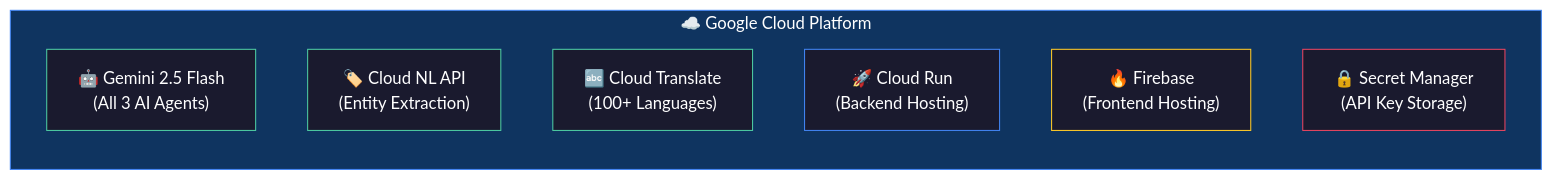
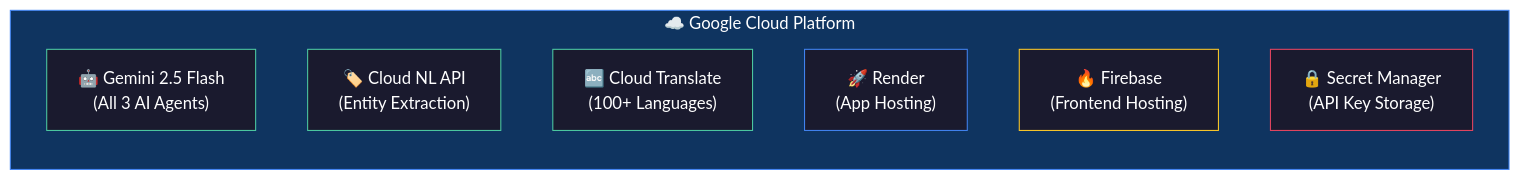
One commit to Ndheeraj906/LexGuard-AI changed the second of 4 diagrams in README.md. Above: the diagram before and after it, drawn with Mermaid (neutral theme). The commit also changed other lines of this file, not shown here.

Commit message:
docs: replace Cloud Run references with Render

````diff
--- a/README.md
+++ b/README.md
@@ -234,19 +234,19 @@
 ```mermaid
 graph LR
     subgraph GCP["☁️ Google Cloud Platform"]
         A["🤖 Gemini 2.5 Flash\n(All 3 AI Agents)"]
         B["🏷️ Cloud NL API\n(Entity Extraction)"]
         C["🔤 Cloud Translate\n(100+ Languages)"]
-        D["🚀 Cloud Run\n(Backend Hosting)"]
+        D["🚀 Render\n(App Hosting)"]
         E["🔥 Firebase\n(Frontend Hosting)"]
         F["🔒 Secret Manager\n(API Key Storage)"]
     end
 
     style GCP fill:#0f3460,stroke:#4285F4,color:#fff
     style A fill:#1a1a2e,stroke:#4ecca3,color:#fff
     style B fill:#1a1a2e,stroke:#4ecca3,color:#fff
     style C fill:#1a1a2e,stroke:#4ecca3,color:#fff
     style D fill:#1a1a2e,stroke:#4285F4,color:#fff
     style E fill:#1a1a2e,stroke:#FFCA28,color:#fff
     style F fill:#1a1a2e,stroke:#e94560,color:#fff
 ```
````
